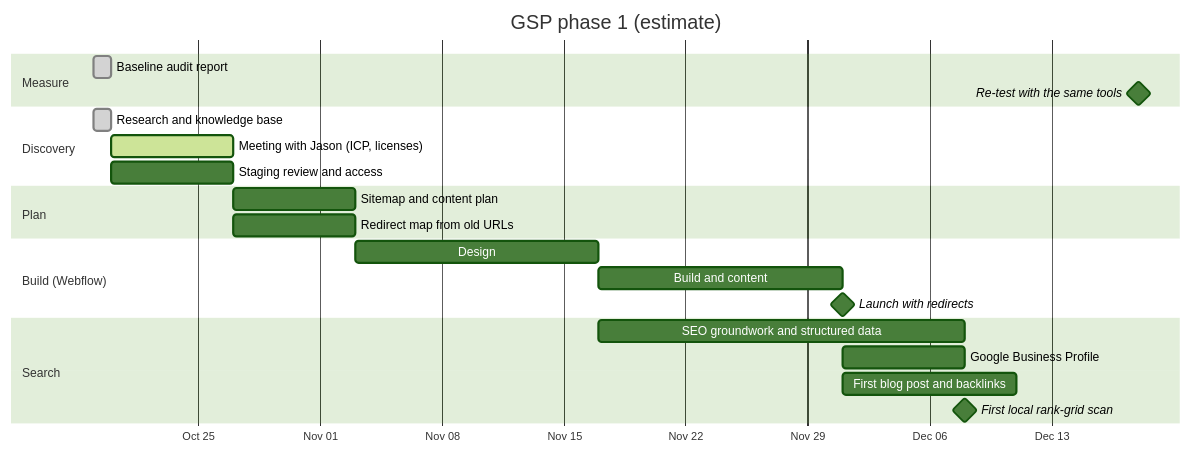
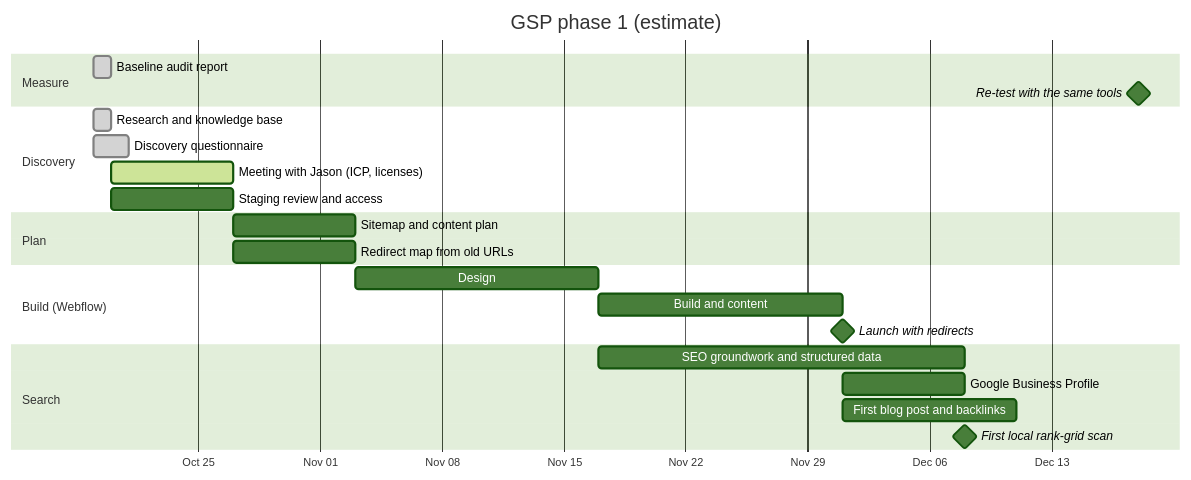
The diagram in project/status.md (work-week/GSP), drawn with Mermaid (forest theme) before and after one commit. The commit also changed other lines of this file and 12 other files, not shown here.

First line of the commit message:
Synthesize discovery questionnaire; add container spec sheet

````diff
--- a/project/status.md
+++ b/project/status.md
@@ -11,25 +11,26 @@
 ```mermaid
 gantt
     title GSP phase 1 (estimate)
     dateFormat YYYY-MM-DD
     axisFormat %b %d
     section Measure
     Baseline audit report             :done,    m1, 2026-10-19, 1d
     Re-test with the same tools       :milestone, m2, 2026-12-18, 0d
     section Discovery
     Research and knowledge base       :done,    d1, 2026-10-19, 1d
+    Discovery questionnaire           :done,    d0, 2026-10-19, 2d
     Meeting with Jason (ICP, licenses):active,  d2, 2026-10-20, 7d
     Staging review and access         :         d3, 2026-10-20, 7d
     section Plan
     Sitemap and content plan          :         p1, after d2, 7d
     Redirect map from old URLs        :         p2, after d2, 7d
     section Build (Webflow)
     Design                            :         b1, after p1, 14d
     Build and content                 :         b2, after b1, 14d
     Launch with redirects             :milestone, b3, after b2, 0d
     section Search
     SEO groundwork and structured data:         s1, after b1, 21d
     Google Business Profile           :         s2, after b3, 7d
     First blog post and backlinks     :         s3, after b3, 10d
     First local rank-grid scan        :milestone, s4, after s2, 0d
 ```
````
